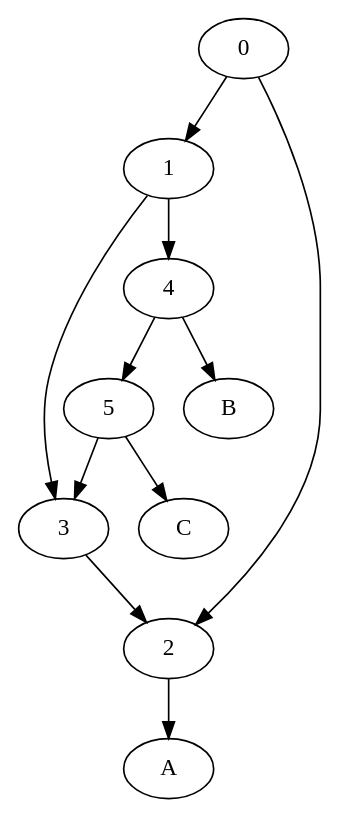
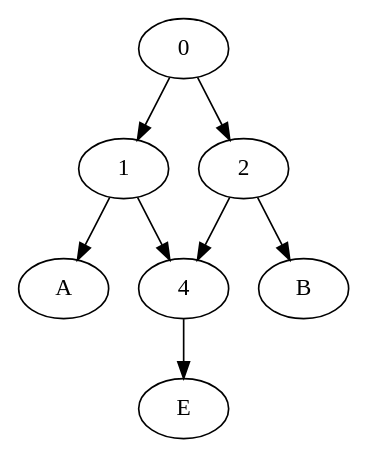
Before and after one commit to KSjors/TriL2Net: the diagram in Digraph.gv, drawn with Graphviz. The commit also changed 4 other files, not shown here.

```diff
--- a/Digraph.gv
+++ b/Digraph.gv
@@ -1,12 +1,9 @@
 digraph {
 	0 -> 1
 	0 -> 2
-	1 -> 3
 	1 -> 4
-	2 -> A
-	3 -> 2
-	4 -> 5
-	4 -> B
-	5 -> 3
-	5 -> C
+	1 -> A
+	2 -> 4
+	2 -> B
+	4 -> E
 }
```
